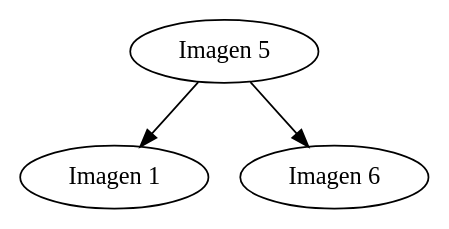
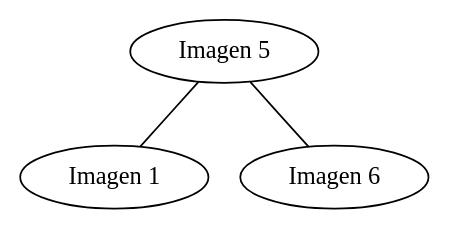
Before and after one commit to C-FernandoSazo/EDD_PROYECTOF2_202202906: the diagram in dot/arbolImagenes.dot, drawn with Graphviz. The commit also changed 21 other files, not shown here.

```diff
--- a/dot/arbolImagenes.dot
+++ b/dot/arbolImagenes.dot
@@ -1,7 +1,7 @@
- digraph imagenes {
+ graph imagenes {
 5[label="Imagen 5"]
-           5  ->            1
+           5  --            1
 1[label="Imagen 1"]
-           5  ->            6
+           5  --            6
 6[label="Imagen 6"]
  }
```
